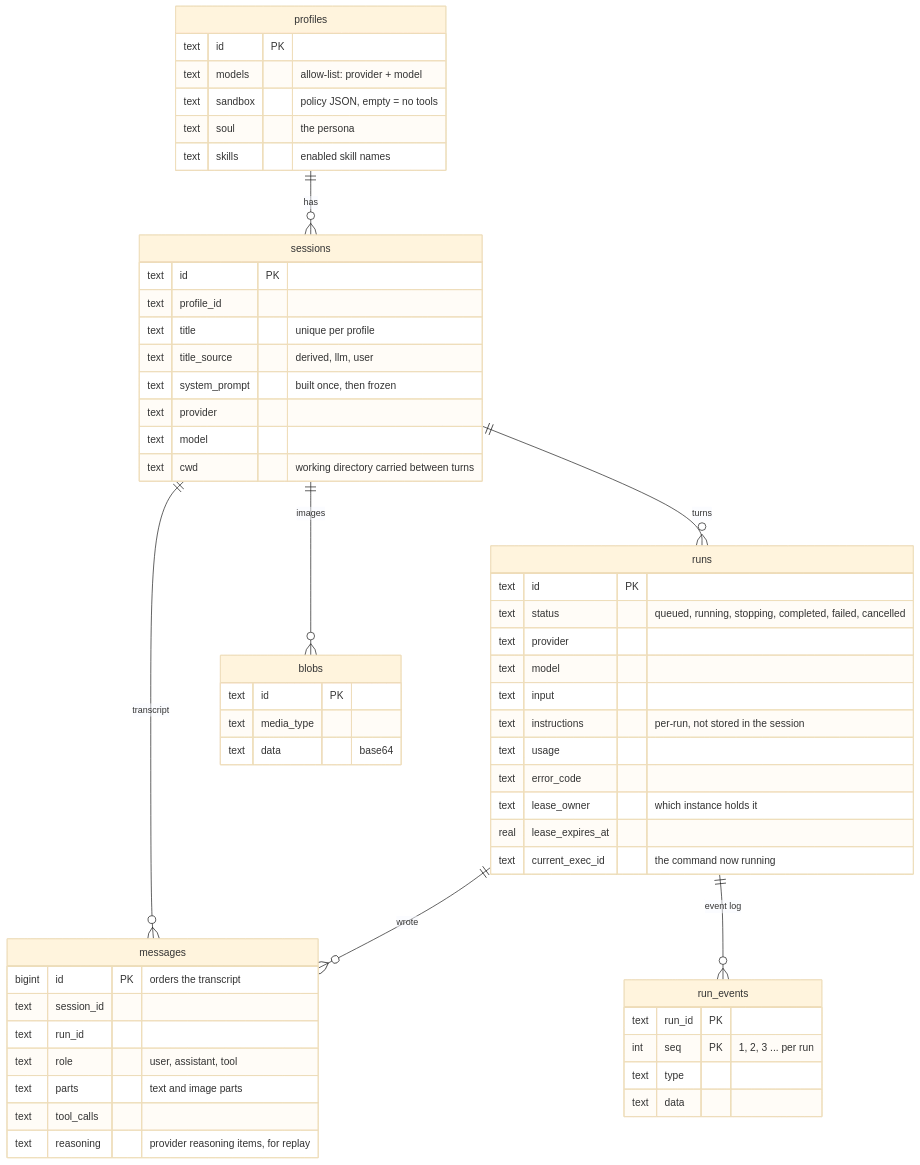
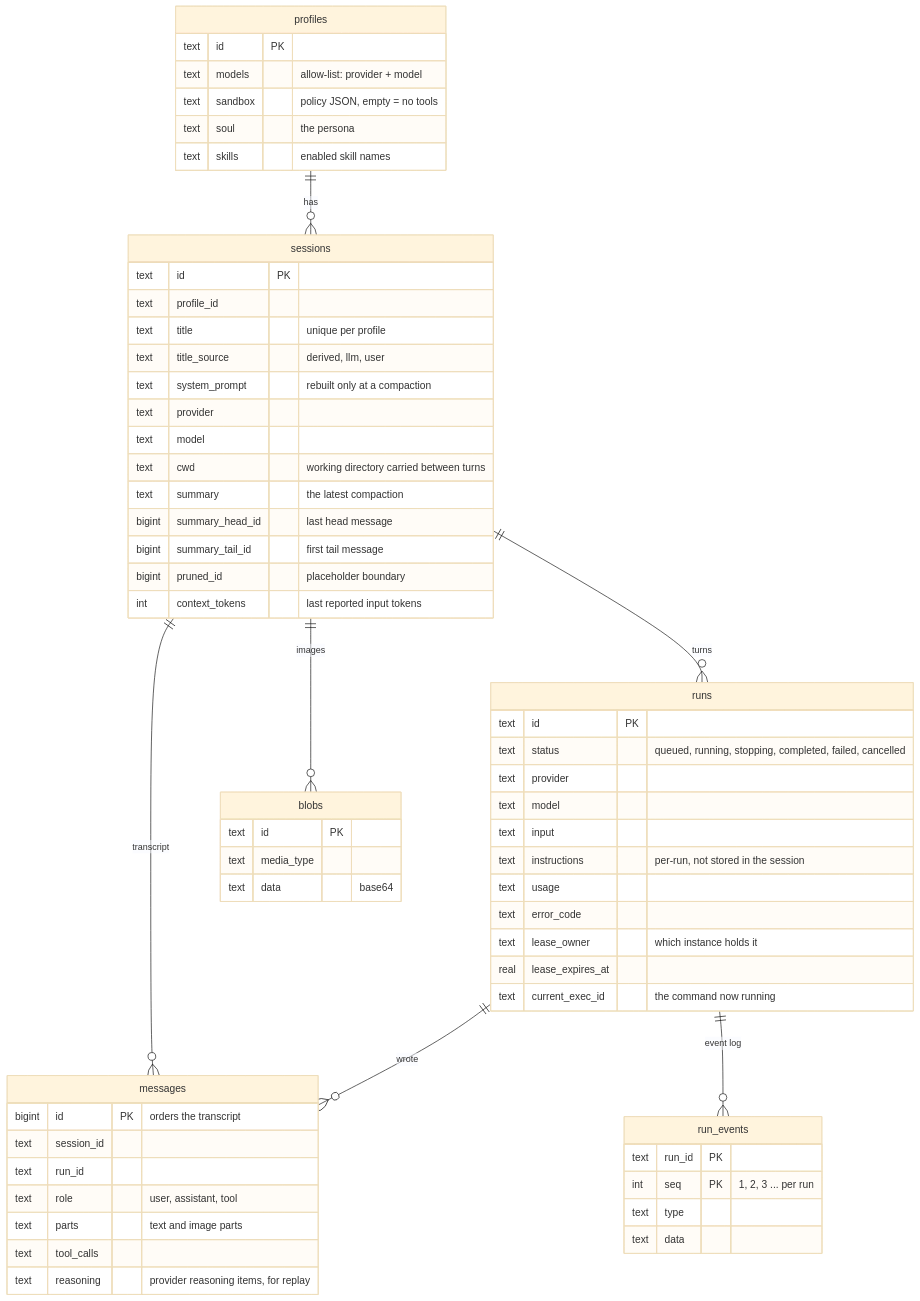
Before and after one commit to ryang420/agent-keel: the second of 9 diagrams in docs/architecture.md, drawn with Mermaid (base theme). The commit also changed other lines of this file and 5 other files, not shown here.

````diff
--- a/docs/architecture.md
+++ b/docs/architecture.md
@@ -96,60 +97,65 @@
 ```mermaid
 erDiagram
     profiles ||--o{ sessions : "has"
     sessions ||--o{ messages : "transcript"
     sessions ||--o{ runs : "turns"
     sessions ||--o{ blobs : "images"
     runs ||--o{ run_events : "event log"
     runs ||--o{ messages : "wrote"
 
     profiles {
         text id PK
         text models "allow-list: provider + model"
         text sandbox "policy JSON, empty = no tools"
         text soul "the persona"
         text skills "enabled skill names"
     }
     sessions {
         text id PK
         text profile_id
         text title "unique per profile"
         text title_source "derived, llm, user"
-        text system_prompt "built once, then frozen"
+        text system_prompt "rebuilt only at a compaction"
         text provider
         text model
         text cwd "working directory carried between turns"
+        text summary "the latest compaction"
+        bigint summary_head_id "last head message"
+        bigint summary_tail_id "first tail message"
+        bigint pruned_id "placeholder boundary"
+        int context_tokens "last reported input tokens"
     }
     messages {
         bigint id PK "orders the transcript"
         text session_id
         text run_id
         text role "user, assistant, tool"
         text parts "text and image parts"
         text tool_calls
         text reasoning "provider reasoning items, for replay"
     }
     runs {
         text id PK
         text status "queued, running, stopping, completed, failed, cancelled"
         text provider
         text model
         text input
         text instructions "per-run, not stored in the session"
         text usage
         text error_code
         text lease_owner "which instance holds it"
         real lease_expires_at
         text current_exec_id "the command now running"
     }
     run_events {
         text run_id PK
         int seq PK "1, 2, 3 ... per run"
         text type
         text data
     }
     blobs {
         text id PK
         text media_type
         text data "base64"
     }
 ```
````
